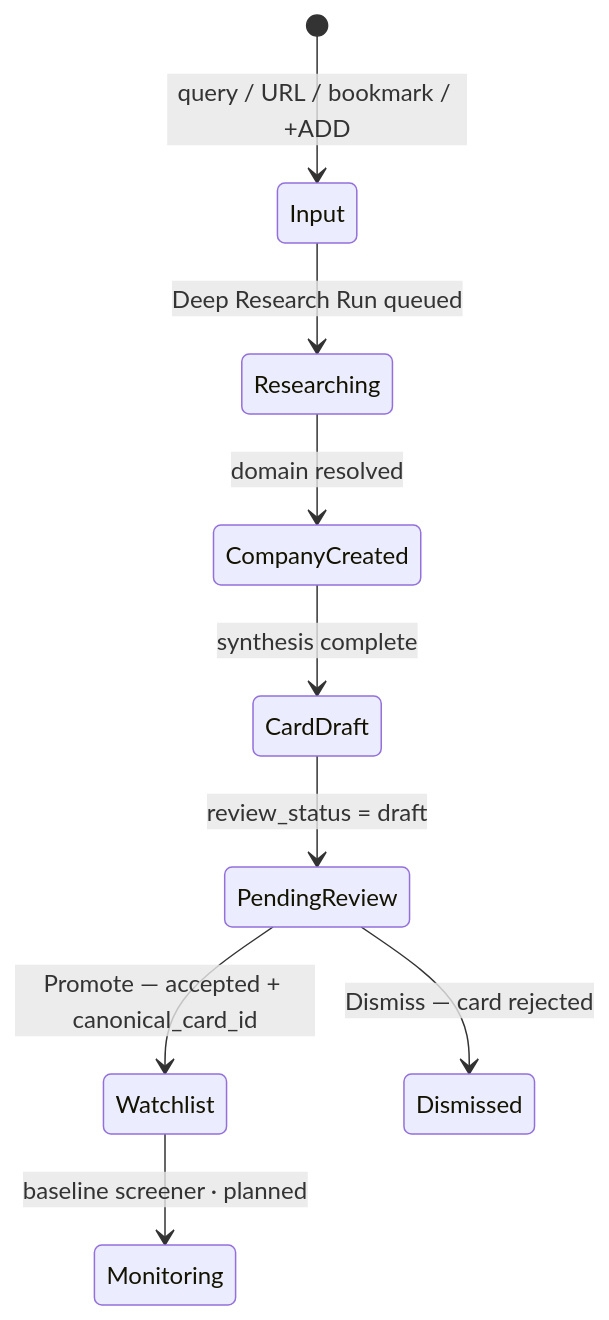
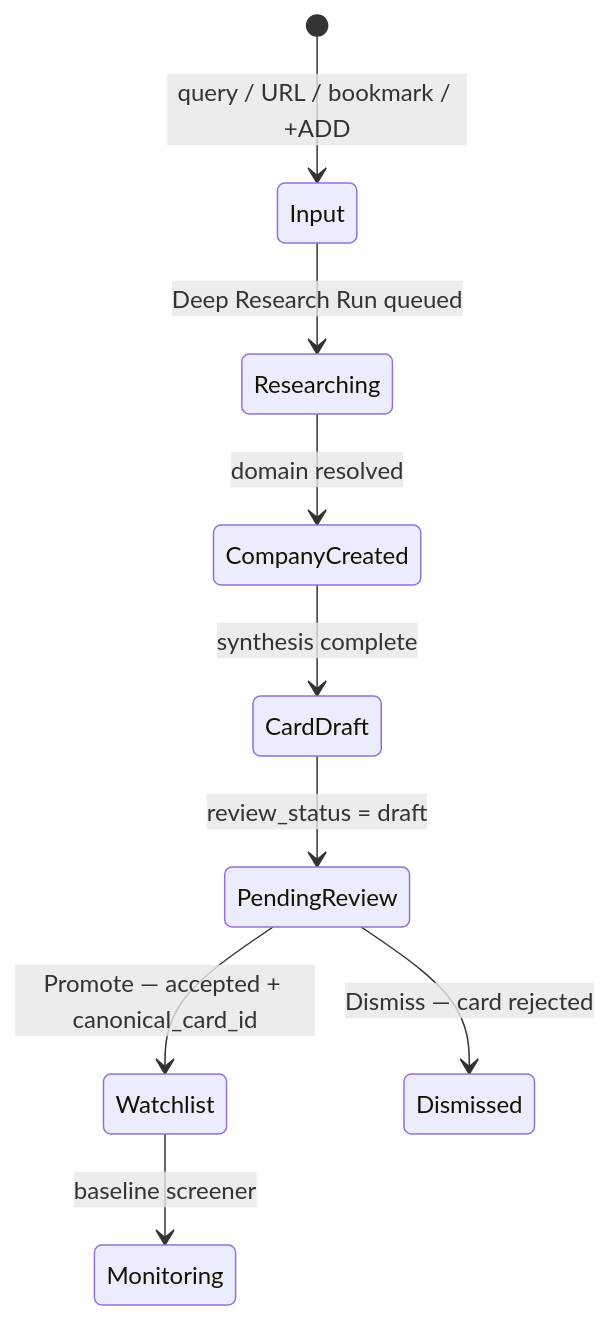
One commit to Growth-Maschine/NORAD-INTEL-ENGINE-V1 changed the seventh of 7 diagrams in docs/phase-1/P1-03.md. Above: the diagram before and after it, drawn with Mermaid. The commit also changed other lines of this file and 9 other files, not shown here.

````diff
--- a/docs/phase-1/P1-03.md
+++ b/docs/phase-1/P1-03.md
@@ -518,11 +492,11 @@
 ```mermaid
 stateDiagram-v2
     [*] --> Input: query / URL / bookmark / +ADD
     Input --> Researching: Deep Research Run queued
     Researching --> CompanyCreated: domain resolved
     CompanyCreated --> CardDraft: synthesis complete
     CardDraft --> PendingReview: review_status = draft
     PendingReview --> Watchlist: Promote — accepted + canonical_card_id
     PendingReview --> Dismissed: Dismiss — card rejected
-    Watchlist --> Monitoring: baseline screener · planned
+    Watchlist --> Monitoring: baseline screener
 ```
````
